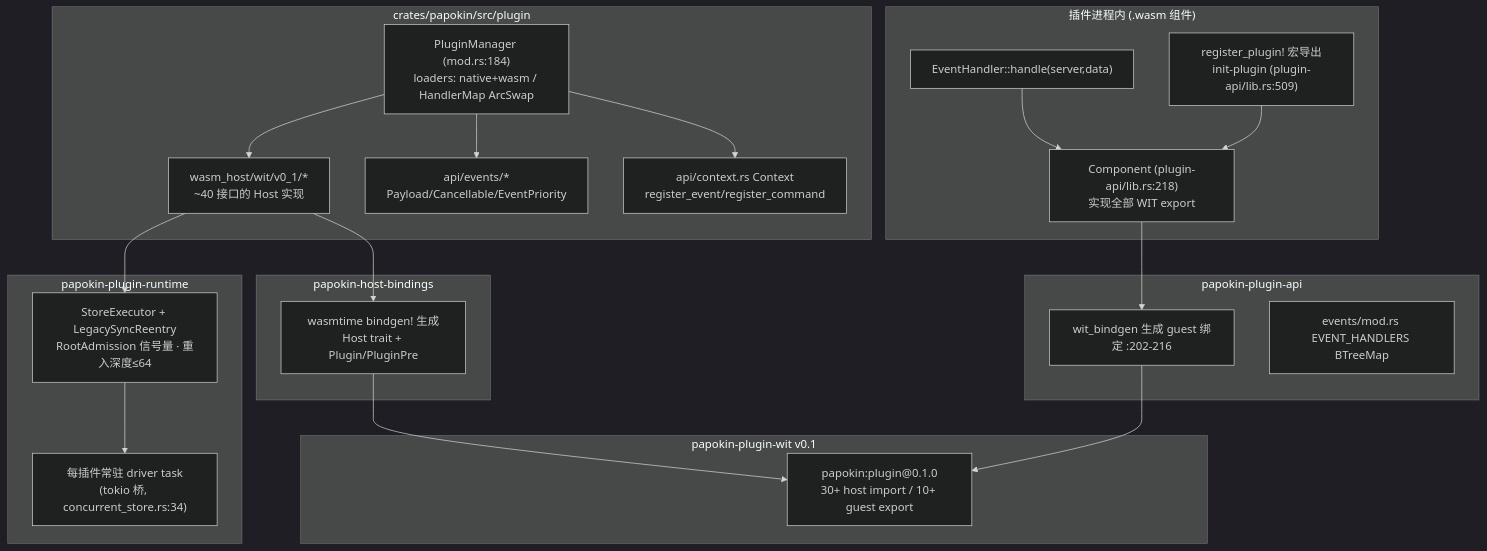
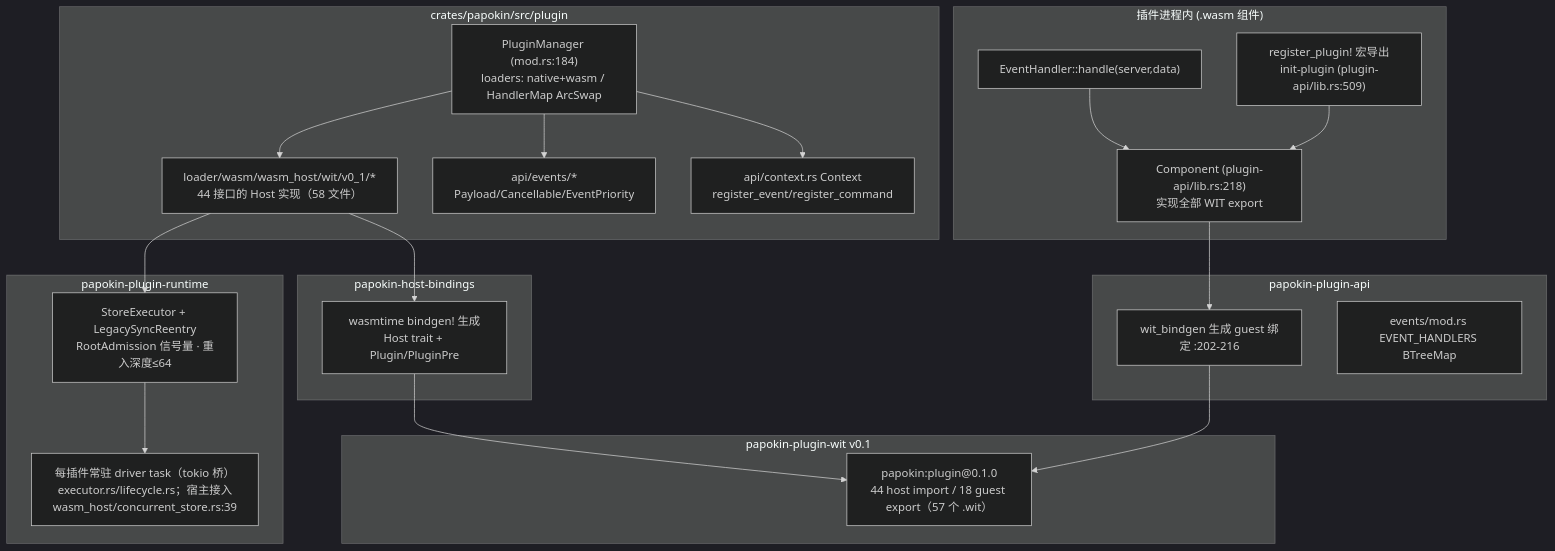
The eighth of 8 diagrams in note/04-模块分析.md (Quotidietium/Papokin), drawn with Mermaid (dark theme) before and after one commit. The commit also changed other lines of this file and 1 other file, not shown here.

````diff
--- a/note/04-模块分析.md
+++ b/note/04-模块分析.md
@@ -274,32 +284,32 @@
 ```mermaid
 graph TB
     subgraph GUEST["插件进程内 (.wasm 组件)"]
         REG["register_plugin! 宏导出<br/>init-plugin (plugin-api/lib.rs:509)"]
         EH["EventHandler::handle(server,data)"]
         CGUEST["Component (plugin-api/lib.rs:218)<br/>实现全部 WIT export"]
     end
     subgraph SDK["papokin-plugin-api"]
         GB["wit_bindgen 生成 guest 绑定 :202-216"]
         EVS["events/mod.rs EVENT_HANDLERS BTreeMap"]
     end
     subgraph CONTRACT["papokin-plugin-wit v0.1"]
-        WITW["papokin:plugin@0.1.0<br/>30+ host import / 10+ guest export"]
+        WITW["papokin:plugin@0.1.0<br/>44 host import / 18 guest export（57 个 .wit）"]
     end
     subgraph HOSTIMPL["crates/papokin/src/plugin"]
         PM2["PluginManager (mod.rs:184)<br/>loaders: native+wasm / HandlerMap ArcSwap"]
-        WH["wasm_host/wit/v0_1/*<br/>~40 接口的 Host 实现"]
+        WH["loader/wasm/wasm_host/wit/v0_1/*<br/>44 接口的 Host 实现（58 文件）"]
         EVENTS["api/events/*<br/>Payload/Cancellable/EventPriority"]
         CTX["api/context.rs Context<br/>register_event/register_command"]
     end
     subgraph RT["papokin-plugin-runtime"]
         EXE["StoreExecutor + LegacySyncReentry<br/>RootAdmission 信号量 · 重入深度≤64"]
-        DRV["每插件常驻 driver task<br/>(tokio 桥, concurrent_store.rs:34)"]
+        DRV["每插件常驻 driver task（tokio 桥）<br/>executor.rs/lifecycle.rs；宿主接入<br/>wasm_host/concurrent_store.rs:39"]
     end
     subgraph HB2["papokin-host-bindings"]
         BG["wasmtime bindgen! 生成<br/>Host trait + Plugin/PluginPre"]
     end
     REG & EH --> CGUEST --> GB --> WITW
     PM2 --> WH --> BG --> WITW
     WH --> EXE --> DRV
     PM2 --> EVENTS & CTX
 ```
````
